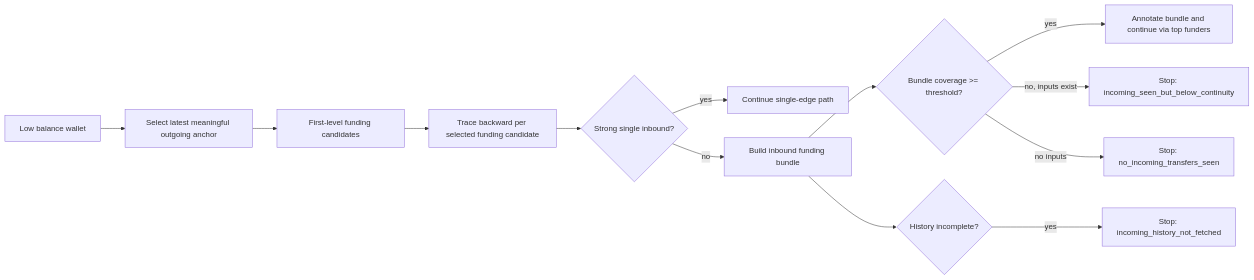
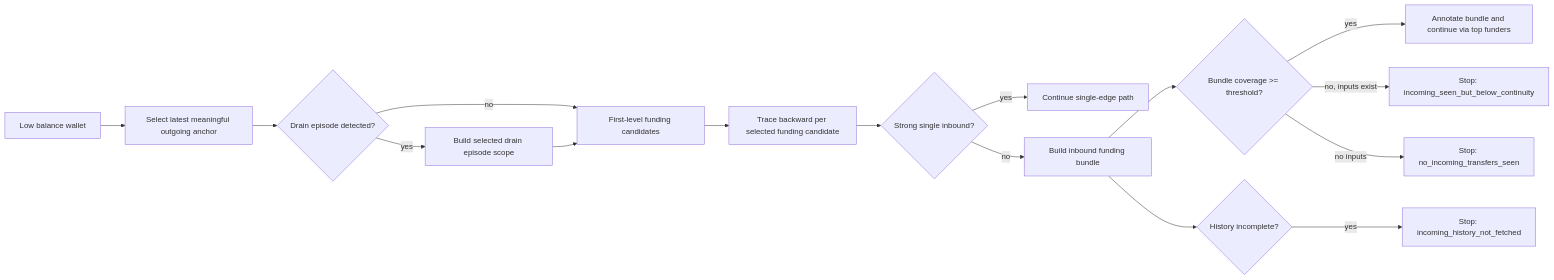
Before and after one commit to katoonagu/smartcontract: the diagram in docs/superpowers/specs/2026-06-02-multi-input-provenance-tracing-design.md, drawn with Mermaid. The commit also changed other lines of this file, not shown here.

````diff
--- a/docs/superpowers/specs/2026-06-02-multi-input-provenance-tracing-design.md
+++ b/docs/superpowers/specs/2026-06-02-multi-input-provenance-tracing-design.md
@@ -182,15 +332,18 @@
 ```mermaid
 flowchart LR
   A["Low balance wallet"] --> B["Select latest meaningful outgoing anchor"]
-  B --> C["First-level funding candidates"]
+  B --> EP{"Drain episode detected?"}
+  EP -->|"yes"| EPS["Build selected drain episode scope"]
+  EP -->|"no"| C["First-level funding candidates"]
+  EPS --> C
   C --> D["Trace backward per selected funding candidate"]
   D --> E{"Strong single inbound?"}
   E -->|"yes"| F["Continue single-edge path"]
   E -->|"no"| G["Build inbound funding bundle"]
   G --> H{"Bundle coverage >= threshold?"}
   H -->|"yes"| I["Annotate bundle and continue via top funders"]
   H -->|"no, inputs exist"| J["Stop: incoming_seen_but_below_continuity"]
   H -->|"no inputs"| K["Stop: no_incoming_transfers_seen"]
   G --> L{"History incomplete?"}
   L -->|"yes"| M["Stop: incoming_history_not_fetched"]
 ```
````
